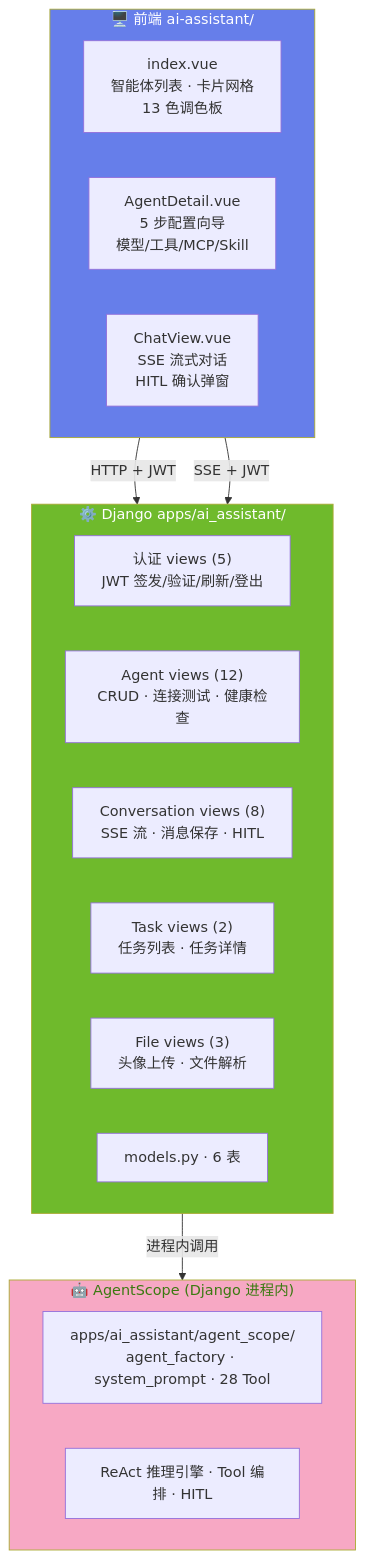
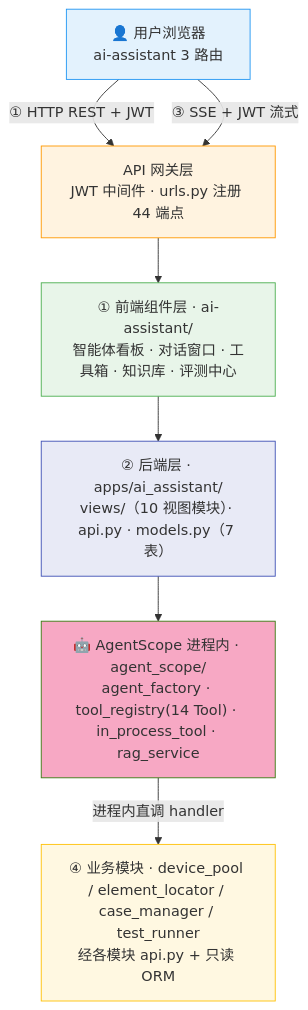
Before and after one commit to Kahoku-lazy/Android-AutoTests: the first of 5 diagrams in dev_docs/03-设计与架构/ARCH-08-AI助手.md, drawn with Mermaid. The commit also changed other lines of this file and 36 other files, not shown here.

````diff
--- a/dev_docs/03-设计与架构/ARCH-08-AI助手.md
+++ b/dev_docs/03-设计与架构/ARCH-08-AI助手.md
@@ -23,30 +40,22 @@
 ```mermaid
-flowchart TB
-    subgraph Frontend_AI["🖥️ 前端 ai-assistant/"]
-        AgentList["index.vue<br/>智能体列表 · 卡片网格<br/>13 色调色板"]
-        AgentDetail["AgentDetail.vue<br/>5 步配置向导<br/>模型/工具/MCP/Skill"]
-        ChatView["ChatView.vue<br/>SSE 流式对话<br/>HITL 确认弹窗"]
-    end
+flowchart TD
+    U["👤 用户浏览器<br/>ai-assistant 3 路由"]
 
-    subgraph Django_AI["⚙️ Django apps/ai_assistant/"]
-        Auth["认证 views (5)<br/>JWT 签发/验证/刷新/登出"]
-        AgentViews["Agent views (12)<br/>CRUD · 连接测试 · 健康检查"]
-        ConvViews["Conversation views (8)<br/>SSE 流 · 消息保存 · HITL"]
-        TaskViews["Task views (2)<br/>任务列表 · 任务详情"]
-        FileViews["File views (3)<br/>头像上传 · 文件解析"]
-        Models["models.py · 6 表"]
-    end
+    U -->|"① HTTP REST + JWT"| GATEWAY["API 网关层<br/>JWT 中间件 · urls.py 注册 44 端点"]
+    U -->|"③ SSE + JWT 流式"| GATEWAY
 
-    subgraph AS_AI["🤖 AgentScope (Django 进程内)"]
-        AgentScopeMod["apps/ai_assistant/agent_scope/<br/>agent_factory · system_prompt · 28 Tool"]
-        AgentScopeMod2["ReAct 推理引擎 · Tool 编排 · HITL"]
-    end
+    GATEWAY --> V["① 前端组件层 · ai-assistant/<br/>智能体看板 · 对话窗口 · 工具箱 · 知识库 · 评测中心"]
 
-    Frontend_AI -->|"HTTP + JWT"| Django_AI
-    Frontend_AI -->|"SSE + JWT"| Django_AI
-    Django_AI -->|"进程内调用"| AS_AI
+    V --> L2["② 后端层 · apps/ai_assistant/<br/>views/（10 视图模块）· api.py · models.py（7 表）"]
 
-    style Frontend_AI fill:#667eea,color:#fff
-    style Django_AI fill:#6fba2c,color:#fff
-    style AS_AI fill:#f7a8c4,color:#3a7a10
+    L2 --> AS["🤖 AgentScope 进程内 · agent_scope/<br/>agent_factory · tool_registry(14 Tool) · in_process_tool · rag_service"]
+
+    AS -->|"进程内直调 handler"| BIZ["④ 业务模块 · device_pool / element_locator / case_manager / test_runner<br/>经各模块 api.py + 只读 ORM"]
+
+    style U fill:#e3f2fd,stroke:#2196f3
+    style GATEWAY fill:#fff3e0,stroke:#ff9800
+    style V fill:#e8f5e9,stroke:#4caf50
+    style L2 fill:#e8eaf6,stroke:#3f51b5
+    style AS fill:#f7a8c4,stroke:#3a7a10
+    style BIZ fill:#fff8e1,stroke:#ffc107
 ```
````
